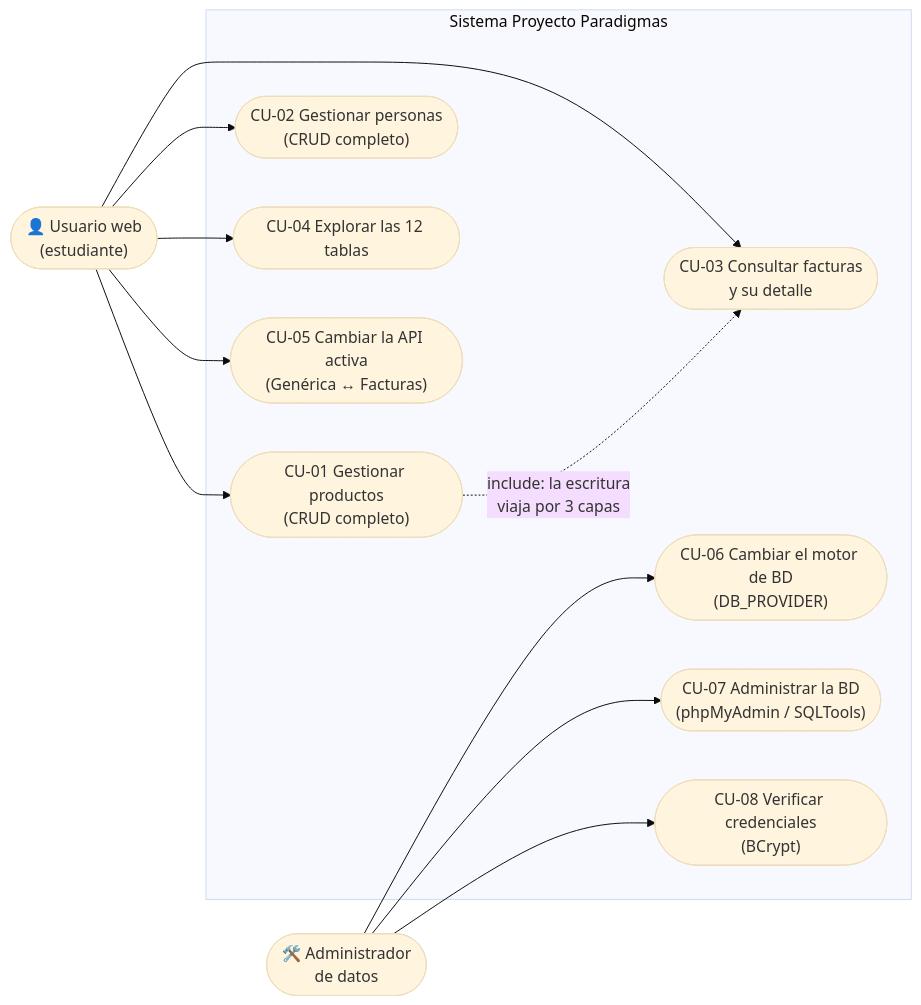
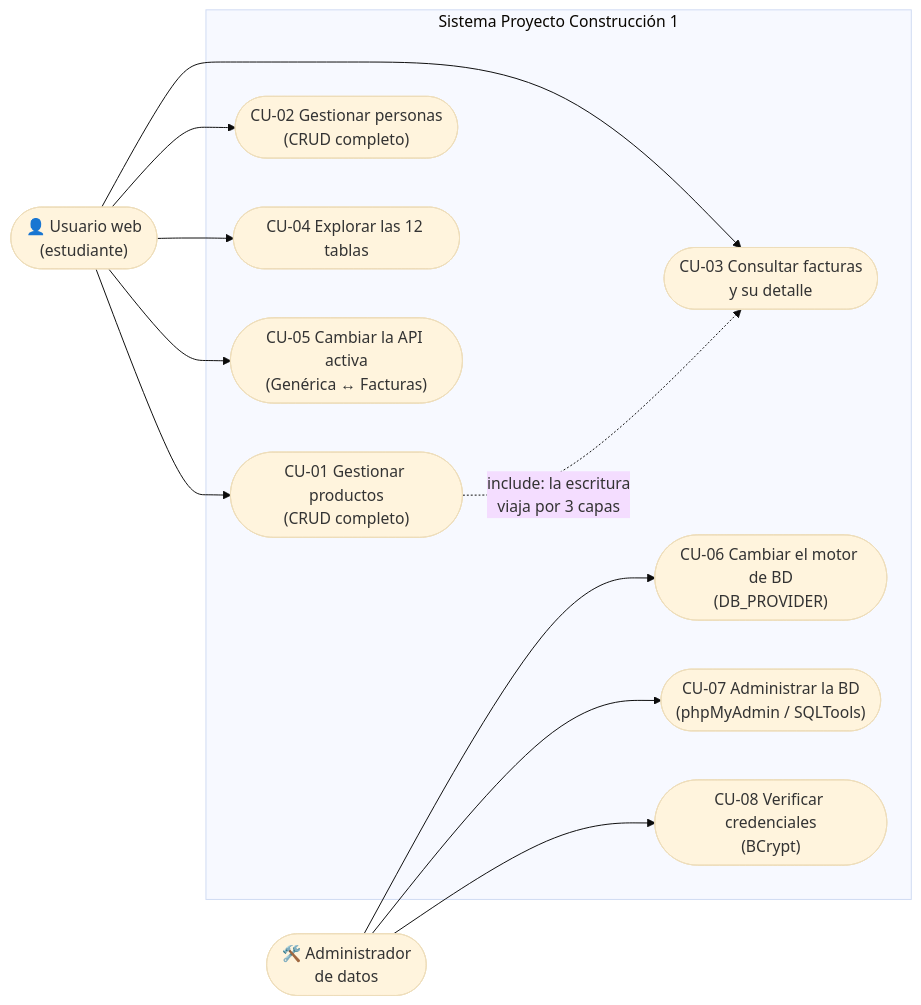
One commit to ccastro2050/proyecto_construccion1 changed the first of 8 diagrams in README.md. Above: the diagram before and after it, drawn with Mermaid (base theme). The commit also changed other lines of this file and 24 other files, not shown here.

Commit message:
Adaptación al curso Construcción de Software 1: nombre del proyecto, URLs de clonado y encuadre para estudiantes que ya cursaron paradigmas y diseño

````diff
--- a/README.md
+++ b/README.md
@@ -82,20 +84,20 @@
 ```mermaid
 flowchart LR
     U(["👤 Usuario web<br/>(estudiante)"])
     A(["🛠️ Administrador<br/>de datos"])
 
-    subgraph SISTEMA["Sistema Proyecto Paradigmas"]
+    subgraph SISTEMA["Sistema Proyecto Construcción 1"]
         CU1(["CU-01 Gestionar productos<br/>(CRUD completo)"])
         CU2(["CU-02 Gestionar personas<br/>(CRUD completo)"])
         CU3(["CU-03 Consultar facturas<br/>y su detalle"])
         CU4(["CU-04 Explorar las 12 tablas"])
         CU5(["CU-05 Cambiar la API activa<br/>(Genérica ↔ Facturas)"])
         CU6(["CU-06 Cambiar el motor de BD<br/>(DB_PROVIDER)"])
         CU7(["CU-07 Administrar la BD<br/>(phpMyAdmin / SQLTools)"])
         CU8(["CU-08 Verificar credenciales<br/>(BCrypt)"])
     end
 
     U --> CU1 & CU2 & CU3 & CU4 & CU5
     A --> CU6 & CU7 & CU8
     CU1 -. include: la escritura<br/>viaja por 3 capas .-> CU3
 ```
````
